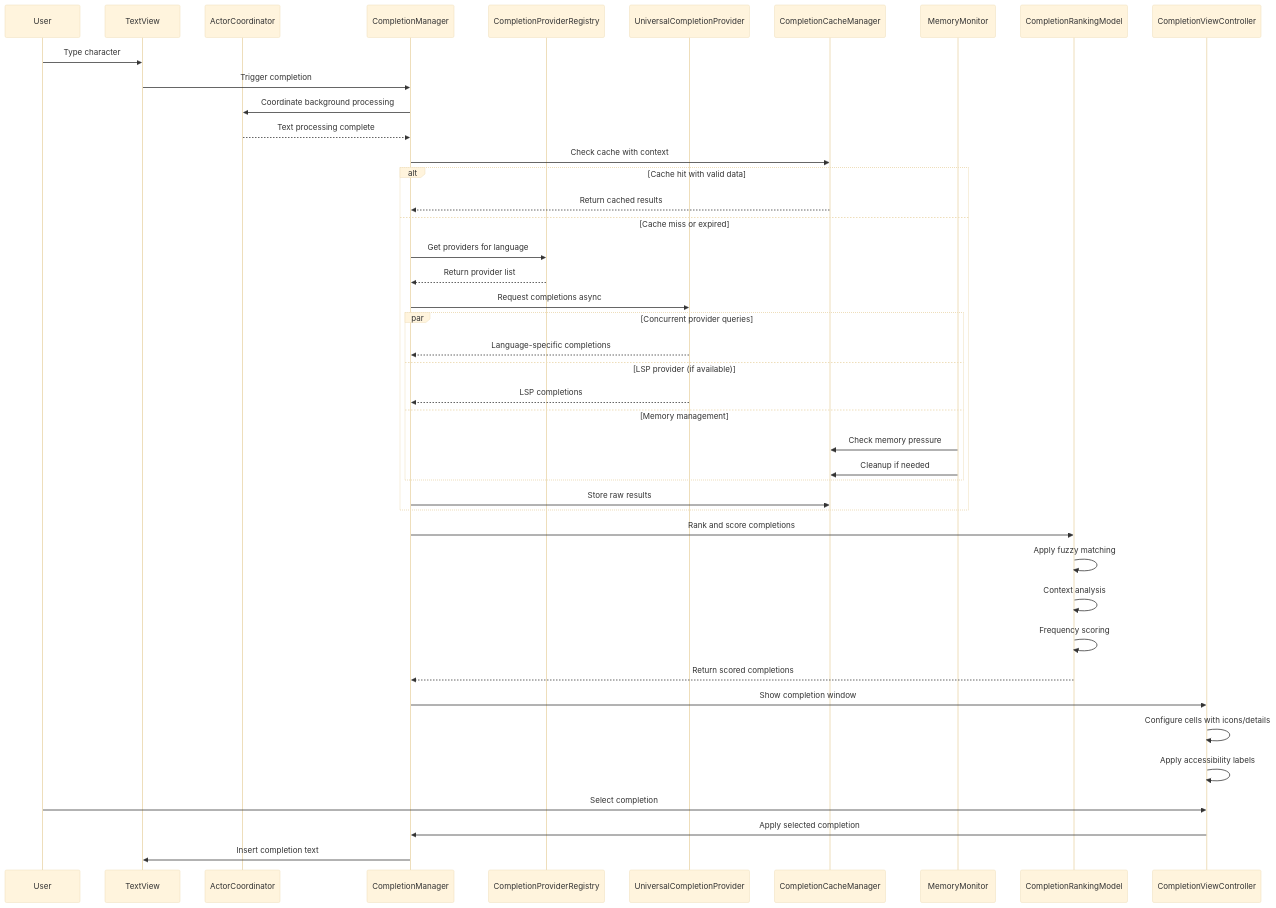
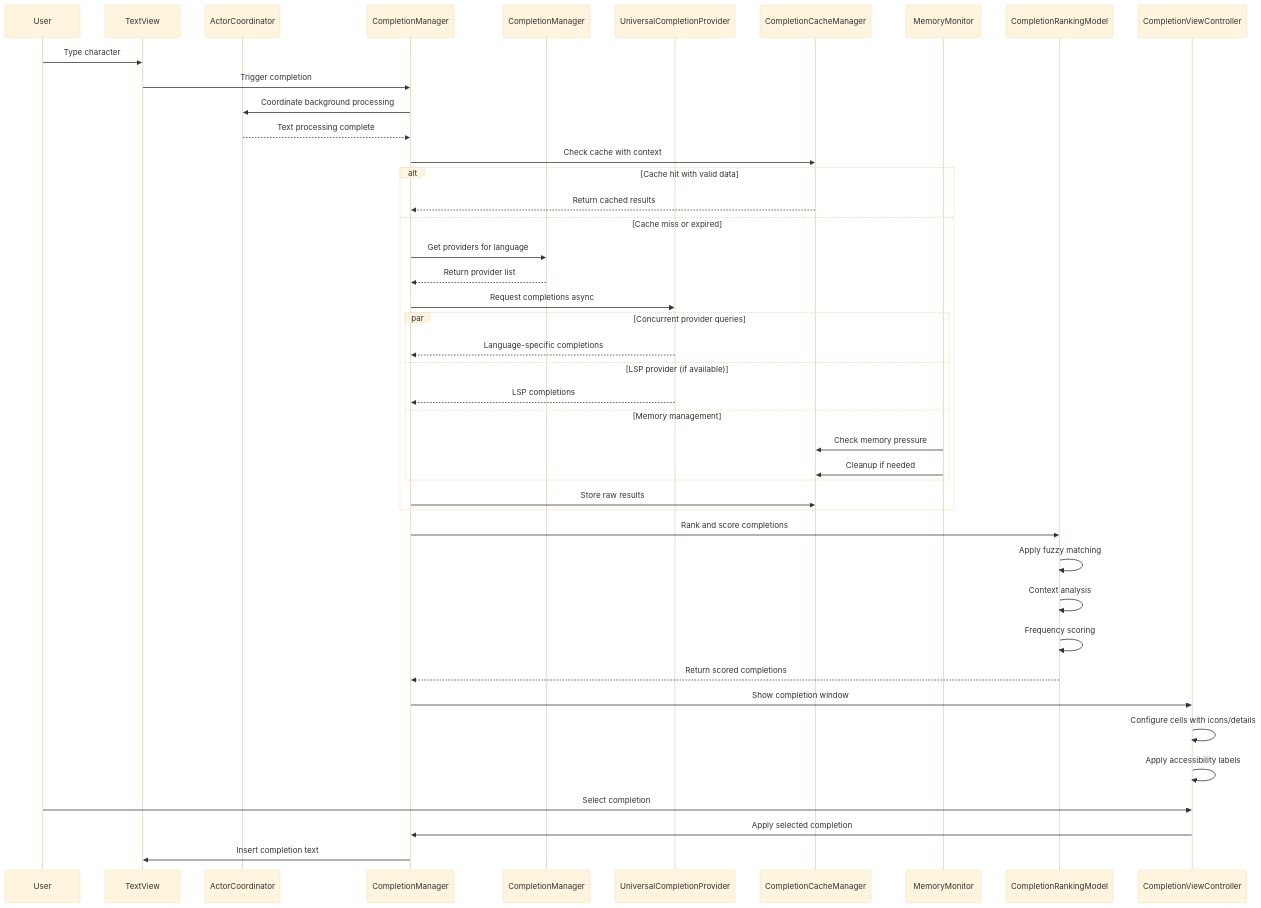
The second of 4 diagrams in docs/Diagrams/07-completion-system-architecture.md (ajmcclary/CodeEditorKit), drawn with Mermaid (base theme) before and after one commit. The commit also changed other lines of this file and 26 other files, not shown here.

````diff
--- a/docs/Diagrams/07-completion-system-architecture.md
+++ b/docs/Diagrams/07-completion-system-architecture.md
@@ -395,53 +390,53 @@
 ```mermaid
 sequenceDiagram
     participant User
     participant TextView
     participant ActorCoordinator
     participant CompletionManager
-    participant Registry as CompletionProviderRegistry
+    participant Registry as CompletionManager
     participant Provider as UniversalCompletionProvider
     participant Cache as CompletionCacheManager
     participant Memory as MemoryMonitor
     participant Ranking as CompletionRankingModel
     participant UI as CompletionViewController
 
     User->>TextView: Type character
     TextView->>CompletionManager: Trigger completion
     CompletionManager->>ActorCoordinator: Coordinate background processing
     ActorCoordinator-->>CompletionManager: Text processing complete
 
     CompletionManager->>Cache: Check cache with context
 
     alt Cache hit with valid data
         Cache-->>CompletionManager: Return cached results
     else Cache miss or expired
         CompletionManager->>Registry: Get providers for language
         Registry-->>CompletionManager: Return provider list
         CompletionManager->>Provider: Request completions async
 
         par Concurrent provider queries
             Provider-->>CompletionManager: Language-specific completions
         and LSP provider (if available)
             Provider-->>CompletionManager: LSP completions
         and Memory management
             Memory->>Cache: Check memory pressure
             Memory->>Cache: Cleanup if needed
         end
 
         CompletionManager->>Cache: Store raw results
     end
 
     CompletionManager->>Ranking: Rank and score completions
     Ranking->>Ranking: Apply fuzzy matching
     Ranking->>Ranking: Context analysis
     Ranking->>Ranking: Frequency scoring
     Ranking-->>CompletionManager: Return scored completions
 
     CompletionManager->>UI: Show completion window
     UI->>UI: Configure cells with icons/details
     UI->>UI: Apply accessibility labels
 
     User->>UI: Select completion
     UI->>CompletionManager: Apply selected completion
     CompletionManager->>TextView: Insert completion text
 ```
````
